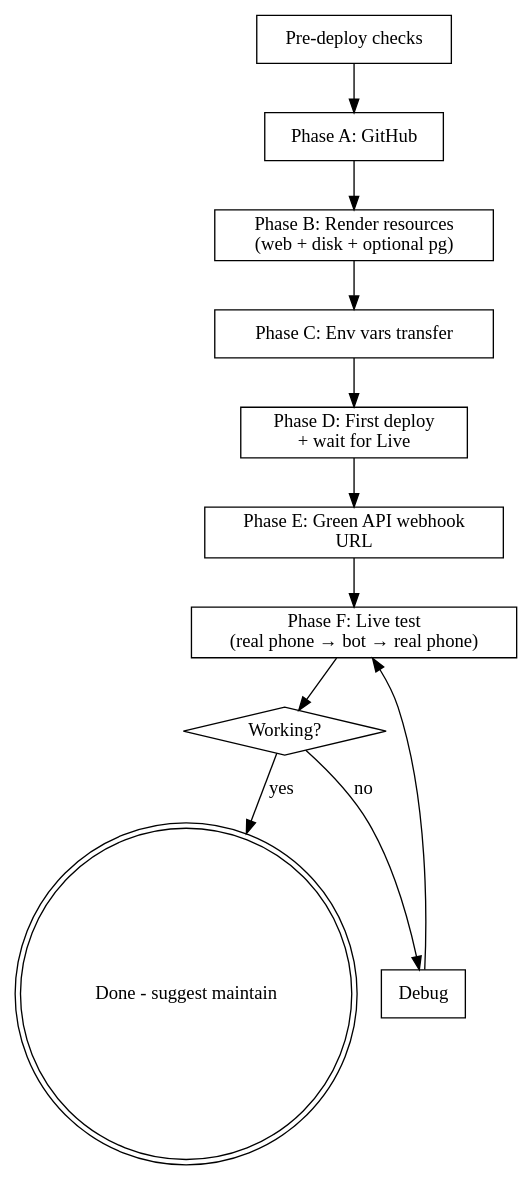
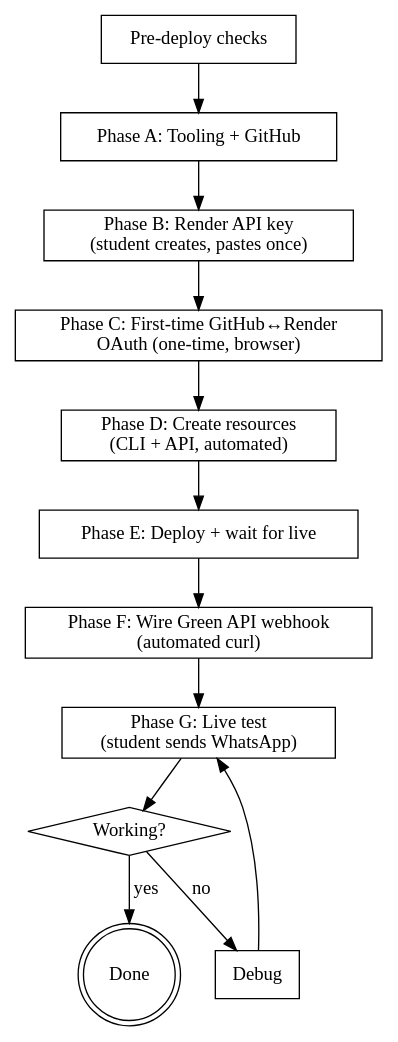
One commit to Asher-pro/wa-whatsapp-agent changed the diagram in skills/wa-deploy/SKILL.md. Above: the diagram before and after it, drawn with Graphviz. The commit also changed other lines of this file and 5 other files, not shown here.

First line of the commit message:
v2.1.0: Automation pass - Render CLI, Green API webhook, robust Google OAuth

````diff
--- a/skills/wa-deploy/SKILL.md
+++ b/skills/wa-deploy/SKILL.md
@@ -44,26 +44,28 @@
 ```dot
 digraph wa_deploy {
     rankdir=TB;
     "Pre-deploy checks" [shape=box];
-    "Phase A: GitHub" [shape=box];
-    "Phase B: Render resources\n(web + disk + optional pg)" [shape=box];
-    "Phase C: Env vars transfer" [shape=box];
-    "Phase D: First deploy\n+ wait for Live" [shape=box];
-    "Phase E: Green API webhook\nURL" [shape=box];
-    "Phase F: Live test\n(real phone → bot → real phone)" [shape=box];
+    "Phase A: Tooling + GitHub" [shape=box];
+    "Phase B: Render API key\n(student creates, pastes once)" [shape=box];
+    "Phase C: First-time GitHub↔Render\nOAuth (one-time, browser)" [shape=box];
+    "Phase D: Create resources\n(CLI + API, automated)" [shape=box];
+    "Phase E: Deploy + wait for live" [shape=box];
+    "Phase F: Wire Green API webhook\n(automated curl)" [shape=box];
+    "Phase G: Live test\n(student sends WhatsApp)" [shape=box];
     "Working?" [shape=diamond];
     "Debug" [shape=box];
-    "Done - suggest maintain" [shape=doublecircle];
+    "Done" [shape=doublecircle];
 
-    "Pre-deploy checks" -> "Phase A: GitHub";
-    "Phase A: GitHub" -> "Phase B: Render resources\n(web + disk + optional pg)";
-    "Phase B: Render resources\n(web + disk + optional pg)" -> "Phase C: Env vars transfer";
-    "Phase C: Env vars transfer" -> "Phase D: First deploy\n+ wait for Live";
-    "Phase D: First deploy\n+ wait for Live" -> "Phase E: Green API webhook\nURL";
-    "Phase E: Green API webhook\nURL" -> "Phase F: Live test\n(real phone → bot → real phone)";
-    "Phase F: Live test\n(real phone → bot → real phone)" -> "Working?";
-    "Working?" -> "Done - suggest maintain" [label="yes"];
+    "Pre-deploy checks" -> "Phase A: Tooling + GitHub";
+    "Phase A: Tooling + GitHub" -> "Phase B: Render API key\n(student creates, pastes once)";
+    "Phase B: Render API key\n(student creates, pastes once)" -> "Phase C: First-time GitHub↔Render\nOAuth (one-time, browser)";
+    "Phase C: First-time GitHub↔Render\nOAuth (one-time, browser)" -> "Phase D: Create resources\n(CLI + API, automated)";
+    "Phase D: Create resources\n(CLI + API, automated)" -> "Phase E: Deploy + wait for live";
+    "Phase E: Deploy + wait for live" -> "Phase F: Wire Green API webhook\n(automated curl)";
+    "Phase F: Wire Green API webhook\n(automated curl)" -> "Phase G: Live test\n(student sends WhatsApp)";
+    "Phase G: Live test\n(student sends WhatsApp)" -> "Working?";
+    "Working?" -> "Done" [label="yes"];
     "Working?" -> "Debug" [label="no"];
-    "Debug" -> "Phase F: Live test\n(real phone → bot → real phone)";
+    "Debug" -> "Phase G: Live test\n(student sends WhatsApp)";
 }
 ```
````
